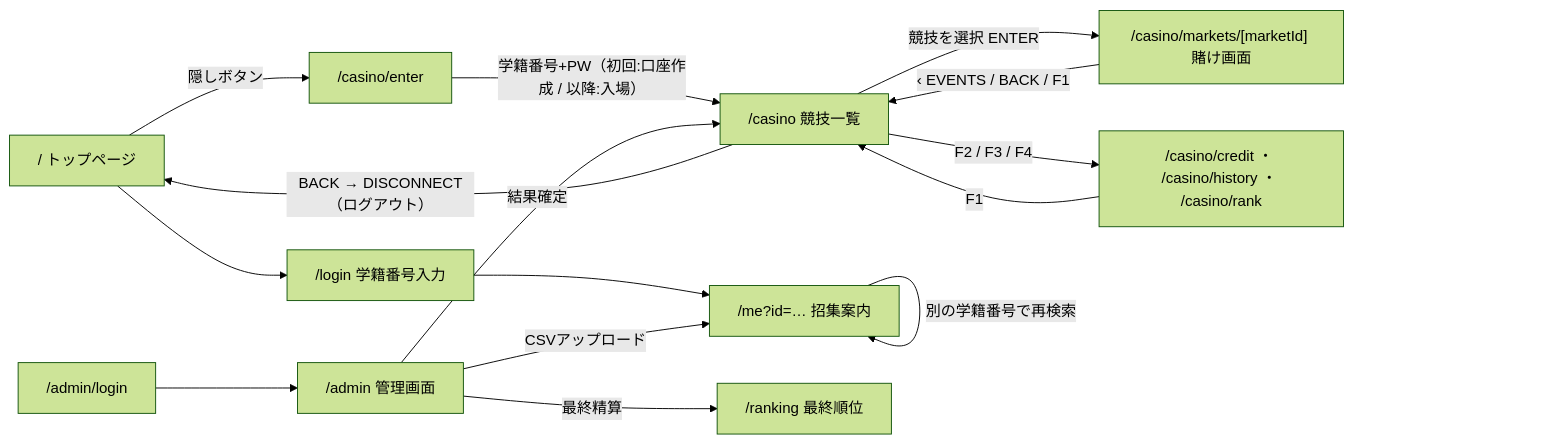
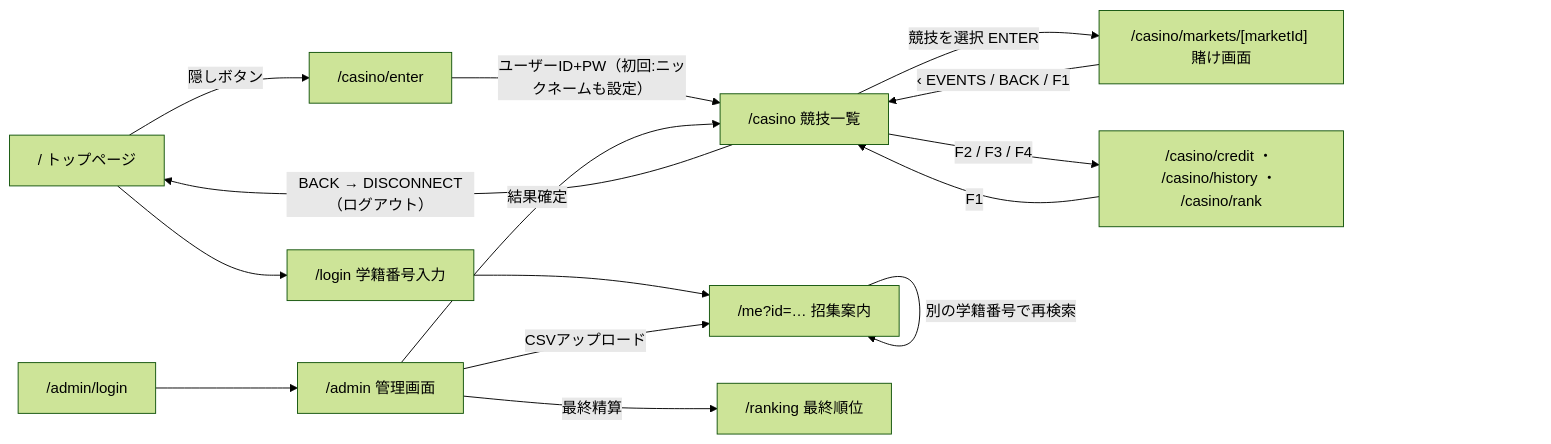
The diagram in docs/ui.md (NagataFesWeb/2026-sports-festival-guide), drawn with Mermaid (forest theme) before and after one commit. The commit also changed other lines of this file and 112 other files, not shown here.

````diff
--- a/docs/ui.md
+++ b/docs/ui.md
@@ -19,18 +21,18 @@
 ```mermaid
 flowchart LR
     Top["/ トップページ"] -->|隠しボタン| CasinoEnter["/casino/enter"]
     Top --> Login["/login 学籍番号入力"]
     Login --> Me["/me?id=… 招集案内"]
     Me -->|別の学籍番号で再検索| Me
-    CasinoEnter -->|学籍番号+PW（初回:口座作成 / 以降:入場）| Casino["/casino 競技一覧"]
+    CasinoEnter -->|ユーザーID+PW（初回:ニックネームも設定）| Casino["/casino 競技一覧"]
     Casino -->|競技を選択 ENTER| Bet["/casino/markets/[marketId] 賭け画面"]
     Bet -->|‹ EVENTS / BACK / F1| Casino
     Casino -->|F2 / F3 / F4| Sub["/casino/credit ・ /casino/history ・ /casino/rank"]
     Sub -->|F1| Casino
     Casino -->|BACK → DISCONNECT（ログアウト）| Top
 
     AdminLogin["/admin/login"] --> Admin["/admin 管理画面"]
     Admin -->|結果確定| Casino
     Admin -->|CSVアップロード| Me
     Admin -->|最終精算| Ranking["/ranking 最終順位"]
 ```
````
